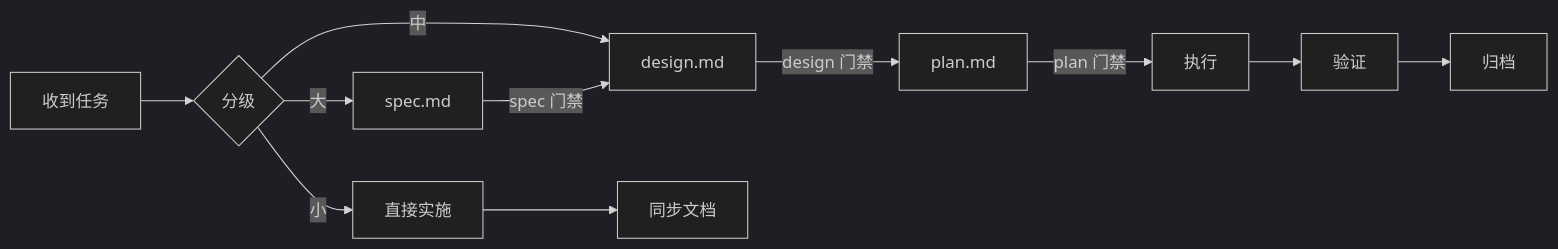
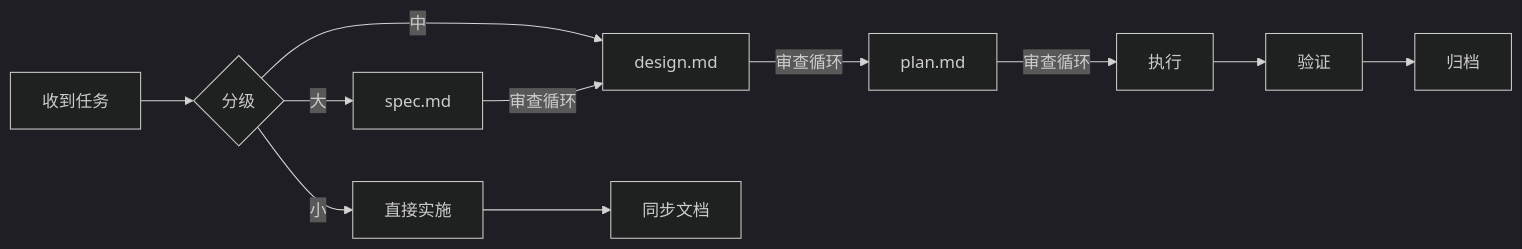
One commit to YoungerYang-Y/agent-hub changed the diagram in content/skills/harness-engineering/templates/docs/guides/WORKFLOW.md. Above: the diagram before and after it, drawn with Mermaid (dark theme). The commit also changed other lines of this file and 12 other files, not shown here.

````diff
--- a/content/skills/harness-engineering/templates/docs/guides/WORKFLOW.md
+++ b/content/skills/harness-engineering/templates/docs/guides/WORKFLOW.md
@@ -187,13 +243,13 @@
 ```mermaid
 flowchart LR
   Task["收到任务"] --> Grade{"分级"}
   Grade -->|小| Impl1["直接实施"]
   Grade -->|中| D["design.md"]
   Grade -->|大| S["spec.md"]
-  S -->|spec 门禁| D
-  D -->|design 门禁| P["plan.md"]
-  P -->|plan 门禁| Impl2["执行"]
+  S -->|审查循环| D
+  D -->|审查循环| P["plan.md"]
+  P -->|审查循环| Impl2["执行"]
   Impl1 --> Sync["同步文档"]
   Impl2 --> Verify["验证"]
   Verify --> Archive["归档"]
 ```
````
